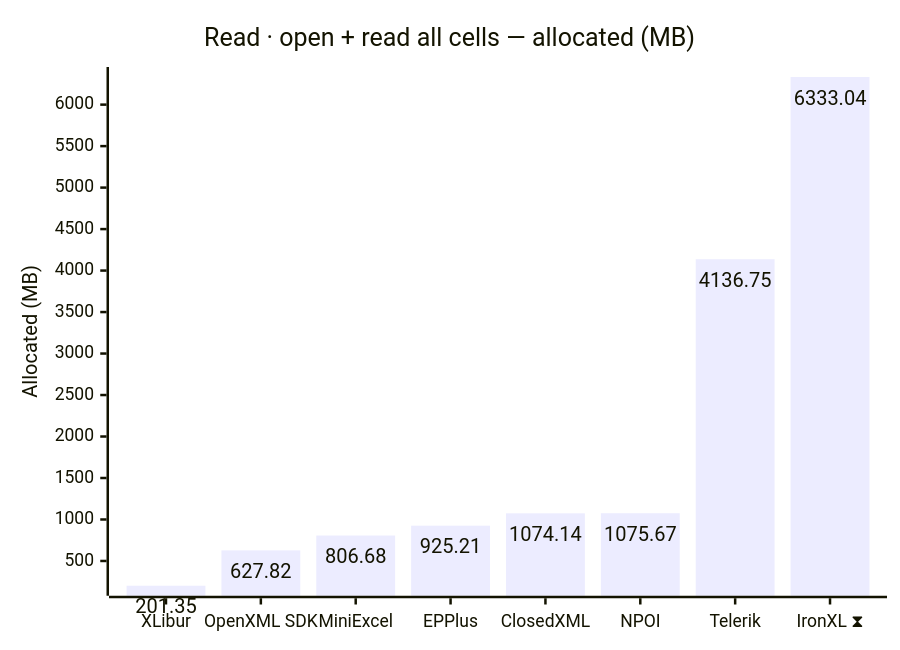
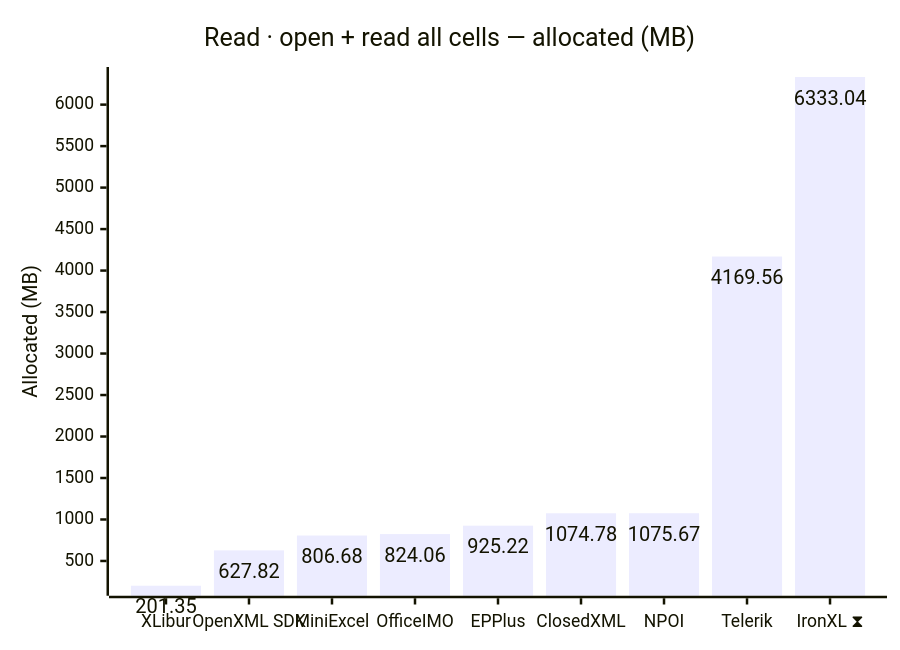
The fourth of 12 diagrams in docs/results.md (jafin/XLBench), drawn with Mermaid before and after one commit. The commit also changed other lines of this file and 17 other files, not shown here.

First line of the commit message:
Add OfficeIMO.Excel to the benchmark suite and publish full-fidelity results (#33)

````diff
--- a/docs/results.md
+++ b/docs/results.md
@@ -79,12 +80,12 @@
 ```mermaid
 ---
 config:
   xyChart:
     showDataLabel: true
 ---
 xychart-beta
     title "Read · open + read all cells — allocated (MB)"
-    x-axis ["XLibur", "OpenXML SDK", "MiniExcel", "EPPlus", "ClosedXML", "NPOI", "Telerik", "IronXL ⧗"]
+    x-axis ["XLibur", "OpenXML SDK", "MiniExcel", "OfficeIMO", "EPPlus", "ClosedXML", "NPOI", "Telerik", "IronXL ⧗"]
     y-axis "Allocated (MB)"
-    bar [201.35, 627.82, 806.68, 925.21, 1074.14, 1075.67, 4136.75, 6333.04]
+    bar [201.35, 627.82, 806.68, 824.06, 925.22, 1074.78, 1075.67, 4169.56, 6333.04]
 ```
````
